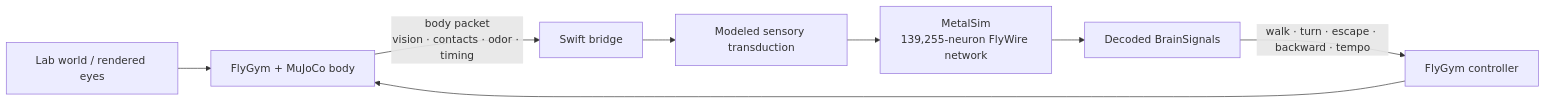
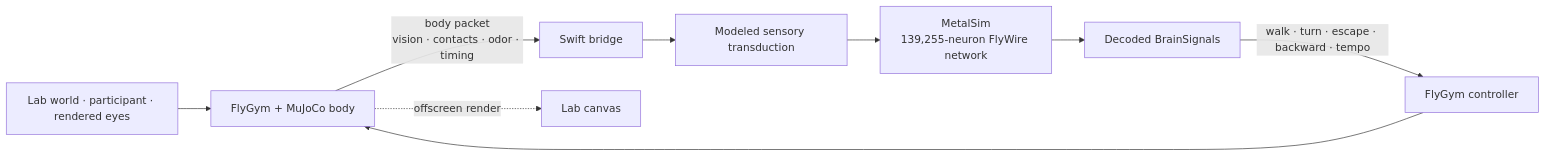
Before and after one commit to parkjaeyoungcovid19-hue/thongpari-fly-neuron-sim: the diagram in README.md, drawn with Mermaid. The commit also changed other lines of this file and 7 other files, not shown here.

````diff
--- a/README.md
+++ b/README.md
@@ -89,10 +111,11 @@
 ```mermaid
 flowchart LR
-    W[Lab world / rendered eyes] --> P[FlyGym + MuJoCo body]
+    W[Lab world · participant · rendered eyes] --> P[FlyGym + MuJoCo body]
     P -->|body packet\nvision · contacts · odor · timing| B[Swift bridge]
     B --> S[Modeled sensory transduction]
     S --> M[MetalSim\n139,255-neuron FlyWire network]
     M --> D[Decoded BrainSignals]
     D -->|walk · turn · escape · backward · tempo| C[FlyGym controller]
     C --> P
+    P -. offscreen render .-> V[Lab canvas]
 ```
````
